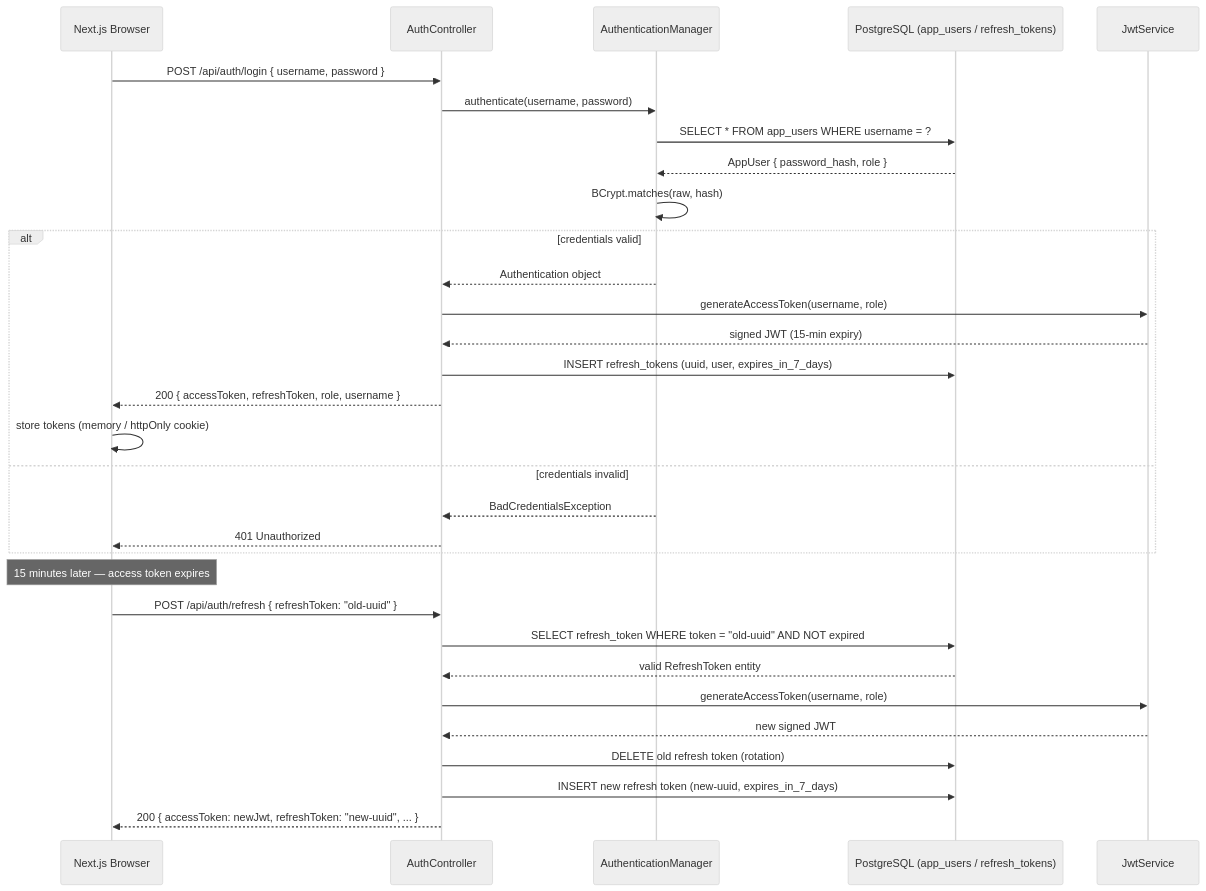
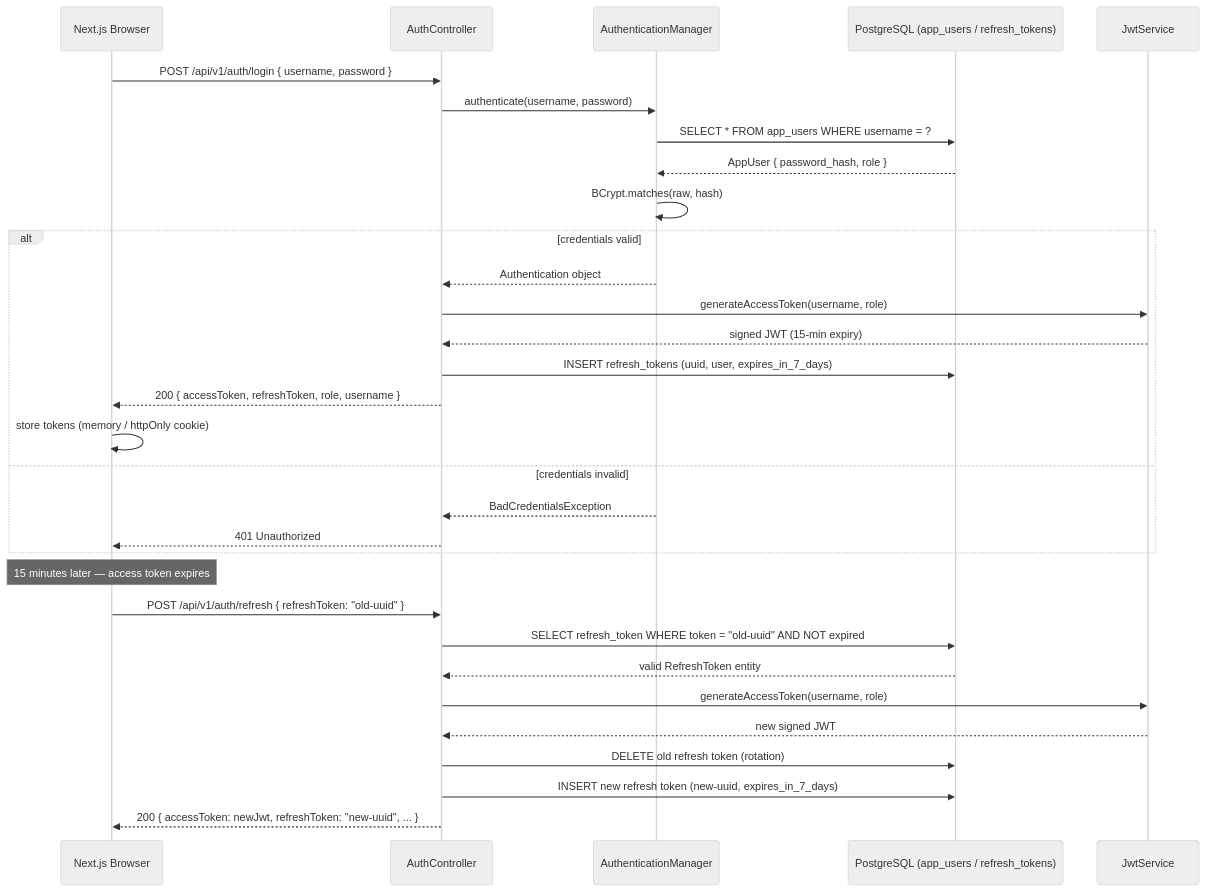
The fourth of 9 diagrams in docs/sequence-diagrams.md (thitipongroo/sentinel-iot-platform), drawn with Mermaid (neutral theme) before and after one commit. The commit also changed other lines of this file and 5 other files, not shown here.

````diff
--- a/docs/sequence-diagrams.md
+++ b/docs/sequence-diagrams.md
@@ -143,37 +143,37 @@
 ```mermaid
 sequenceDiagram
     participant Browser as Next.js Browser
     participant API as AuthController
     participant AUTH as AuthenticationManager
     participant DB as PostgreSQL (app_users / refresh_tokens)
     participant JWT as JwtService
 
-    Browser->>API: POST /api/auth/login { username, password }
+    Browser->>API: POST /api/v1/auth/login { username, password }
     API->>AUTH: authenticate(username, password)
     AUTH->>DB: SELECT * FROM app_users WHERE username = ?
     DB-->>AUTH: AppUser { password_hash, role }
     AUTH->>AUTH: BCrypt.matches(raw, hash)
 
     alt credentials valid
         AUTH-->>API: Authentication object
         API->>JWT: generateAccessToken(username, role)
         JWT-->>API: signed JWT (15-min expiry)
         API->>DB: INSERT refresh_tokens (uuid, user, expires_in_7_days)
         API-->>Browser: 200 { accessToken, refreshToken, role, username }
         Browser->>Browser: store tokens (memory / httpOnly cookie)
     else credentials invalid
         AUTH-->>API: BadCredentialsException
         API-->>Browser: 401 Unauthorized
     end
 
     Note over Browser: 15 minutes later — access token expires
 
-    Browser->>API: POST /api/auth/refresh { refreshToken: "old-uuid" }
+    Browser->>API: POST /api/v1/auth/refresh { refreshToken: "old-uuid" }
     API->>DB: SELECT refresh_token WHERE token = "old-uuid" AND NOT expired
     DB-->>API: valid RefreshToken entity
     API->>JWT: generateAccessToken(username, role)
     JWT-->>API: new signed JWT
     API->>DB: DELETE old refresh token (rotation)
     API->>DB: INSERT new refresh token (new-uuid, expires_in_7_days)
     API-->>Browser: 200 { accessToken: newJwt, refreshToken: "new-uuid", ... }
 ```
````
